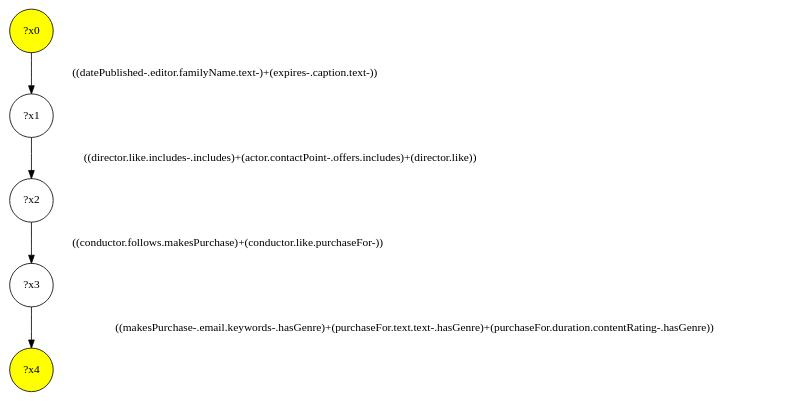
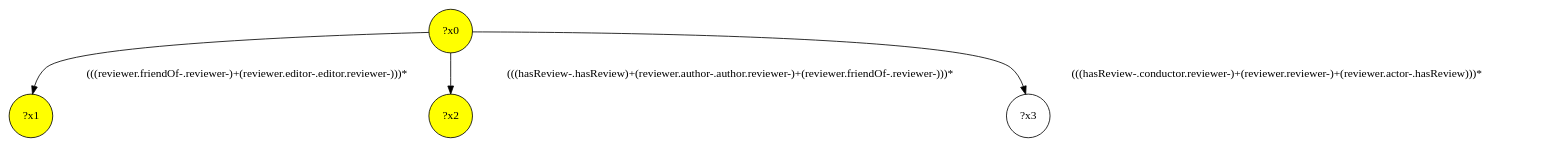
The diagram in demo/shop-a/shop-a-interface/query-40.dot (gbagan/gmark), drawn with Graphviz before and after one commit. The commit also changed 708 other files, not shown here.

```diff
--- a/demo/shop-a/shop-a-interface/query-40.dot
+++ b/demo/shop-a/shop-a-interface/query-40.dot
@@ -1,11 +1,9 @@
 digraph g {
+	x1 [fillcolor="yellow", style="filled," shape=circle, label="?x1"];
 	x0 [fillcolor="yellow", style="filled," shape=circle, label="?x0"];
-	x4 [fillcolor="yellow", style="filled," shape=circle, label="?x4"];
-	x1 [shape=circle, label="?x1"];
-	x0 -> x1 [label="((datePublished-.editor.familyName.text-)+(expires-.caption.text-))"];
-	x2 [shape=circle, label="?x2"];
-	x1 -> x2 [label="((director.like.includes-.includes)+(actor.contactPoint-.offers.includes)+(director.like))"];
+	x2 [fillcolor="yellow", style="filled," shape=circle, label="?x2"];
+	x0 -> x1 [label="(((reviewer.friendOf-.reviewer-)+(reviewer.editor-.editor.reviewer-)))*"];
+	x0 -> x2 [label="(((hasReview-.hasReview)+(reviewer.author-.author.reviewer-)+(reviewer.friendOf-.reviewer-)))*"];
 	x3 [shape=circle, label="?x3"];
-	x2 -> x3 [label="((conductor.follows.makesPurchase)+(conductor.like.purchaseFor-))"];
-	x3 -> x4 [label="((makesPurchase-.email.keywords-.hasGenre)+(purchaseFor.text.text-.hasGenre)+(purchaseFor.duration.contentRating-.hasGenre))"];
+	x0 -> x3 [label="(((hasReview-.conductor.reviewer-)+(reviewer.reviewer-)+(reviewer.actor-.hasReview)))*"];
 }
```
